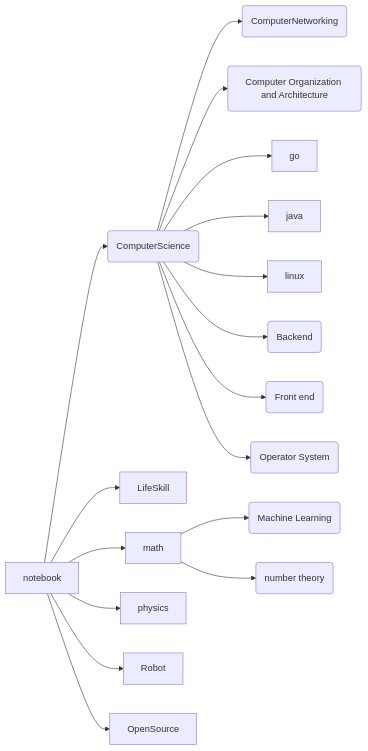
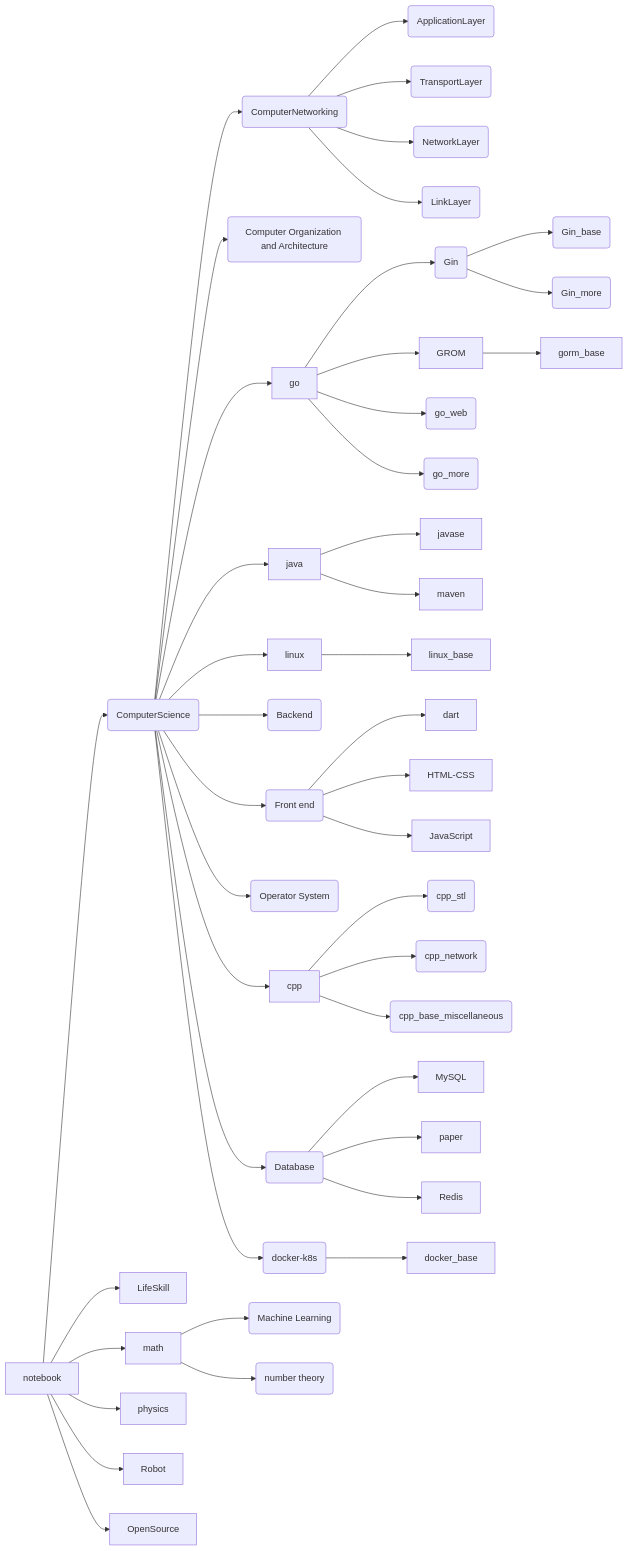
One commit to zhangxuwen/learningNotebook changed the diagram in README.md. Above: the diagram before and after it, drawn with Mermaid. The commit also changed 64 other files, not shown here.

````diff
--- a/README.md
+++ b/README.md
@@ -14,21 +14,72 @@
 ```mermaid
 graph LR
 notebook --> CS(ComputerScience)
 notebook --> LifeSkill
 notebook --> math
 notebook --> physics
 notebook --> Robot
 notebook --> OpenSource
 
 CS --> CN(ComputerNetworking)
+CN --> 应用层(ApplicationLayer)
+CN --> 传输层(TransportLayer)
+CN --> 网络层(NetworkLayer)
+CN --> 链路层(LinkLayer)
+
+
 CS --> COAA(Computer Organization and Architecture)
+
+
 CS --> go
+go --> Gin框架(Gin)
+Gin框架(Gin) --> Gin入门(Gin_base)
+Gin框架(Gin) --> Gin源码分析(Gin_more)
+go --> GROM
+GROM --> gorm_base
+go --> goweb基础(go_web)
+go --> go进阶(go_more)
+
+
 CS --> java
+java --> javase
+java --> maven
+
+
 CS --> linux
+linux --> linux_base
+
+
 CS --> BD(Backend)
+
+
 CS --> FD(Front end)
+FD --> dart
+FD --> HTML-CSS
+FD --> JavaScript
+
+
 CS --> OS(Operator System)
 
+
+CS --> cpp
+cpp --> c++stl基础(cpp_stl)
+cpp --> c++网络基础(cpp_network)
+cpp --> c++基础杂项知识(cpp_base_miscellaneous)
+
+
+CS --> DB(Database)
+DB --> MySQL
+DB --> paper
+DB --> Redis
+
+
+CS --> DK(docker-k8s)
+DK --> docker_base
+
+
+
 math --> ML(Machine Learning)
+
+
 math --> NT(number theory)
 ```
````
